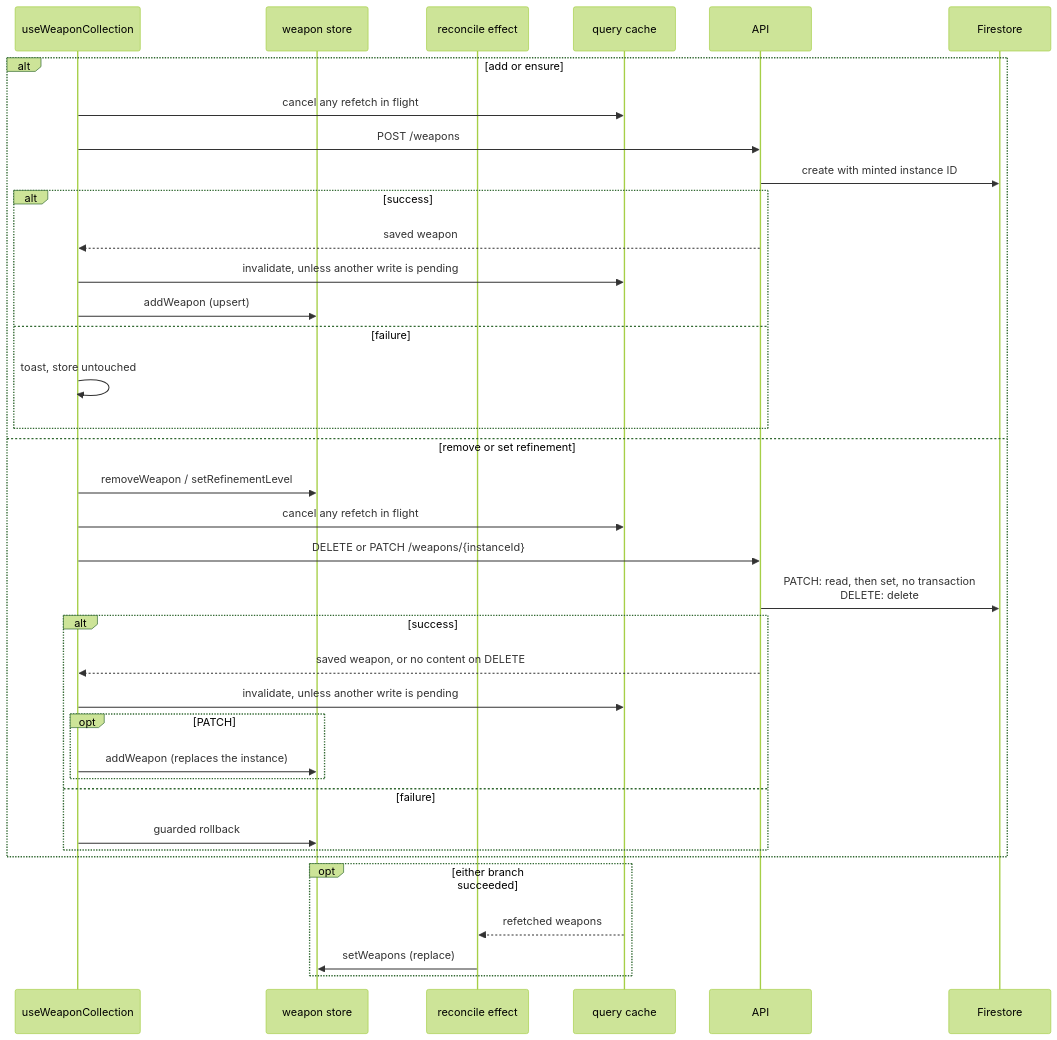
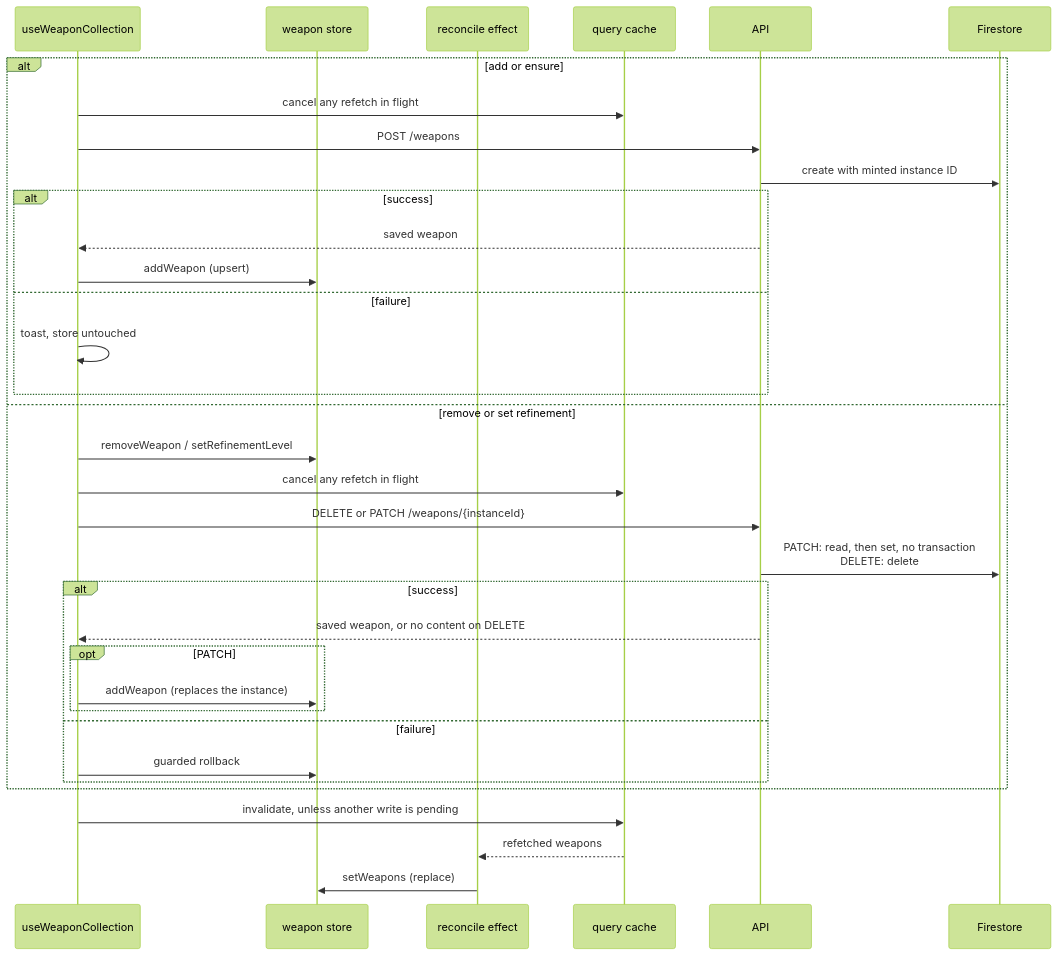
The second of 4 diagrams in docs/reference/data-flow-write-paths.md (dungeon-studio/genshin.dungeon.studio), drawn with Mermaid (forest theme) before and after one commit. The commit also changed other lines of this file and 1 other file, not shown here.

First line of the commit message:
docs: refetch after every settled write

````diff
--- a/docs/reference/data-flow-write-paths.md
+++ b/docs/reference/data-flow-write-paths.md
@@ -88,40 +91,37 @@
 ```mermaid
 sequenceDiagram
   participant Hook as useWeaponCollection
   participant Store as weapon store
   participant Reconcile as reconcile effect
   participant Cache as query cache
   participant API as API
   participant FS as Firestore
 
   alt add or ensure
     Hook->>Cache: cancel any refetch in flight
     Hook->>API: POST /weapons
     API->>FS: create with minted instance ID
     alt success
       API-->>Hook: saved weapon
-      Hook->>Cache: invalidate, unless another write is pending
       Hook->>Store: addWeapon (upsert)
     else failure
       Hook->>Hook: toast, store untouched
     end
   else remove or set refinement
     Hook->>Store: removeWeapon / setRefinementLevel
     Hook->>Cache: cancel any refetch in flight
     Hook->>API: DELETE or PATCH /weapons/{instanceId}
     API->>FS: PATCH: read, then set, no transaction<br>DELETE: delete
     alt success
       API-->>Hook: saved weapon, or no content on DELETE
-      Hook->>Cache: invalidate, unless another write is pending
       opt PATCH
         Hook->>Store: addWeapon (replaces the instance)
       end
     else failure
       Hook->>Store: guarded rollback
     end
   end
-  opt either branch succeeded
-    Cache-->>Reconcile: refetched weapons
-    Reconcile->>Store: setWeapons (replace)
-  end
+  Hook->>Cache: invalidate, unless another write is pending
+  Cache-->>Reconcile: refetched weapons
+  Reconcile->>Store: setWeapons (replace)
 ```
````
